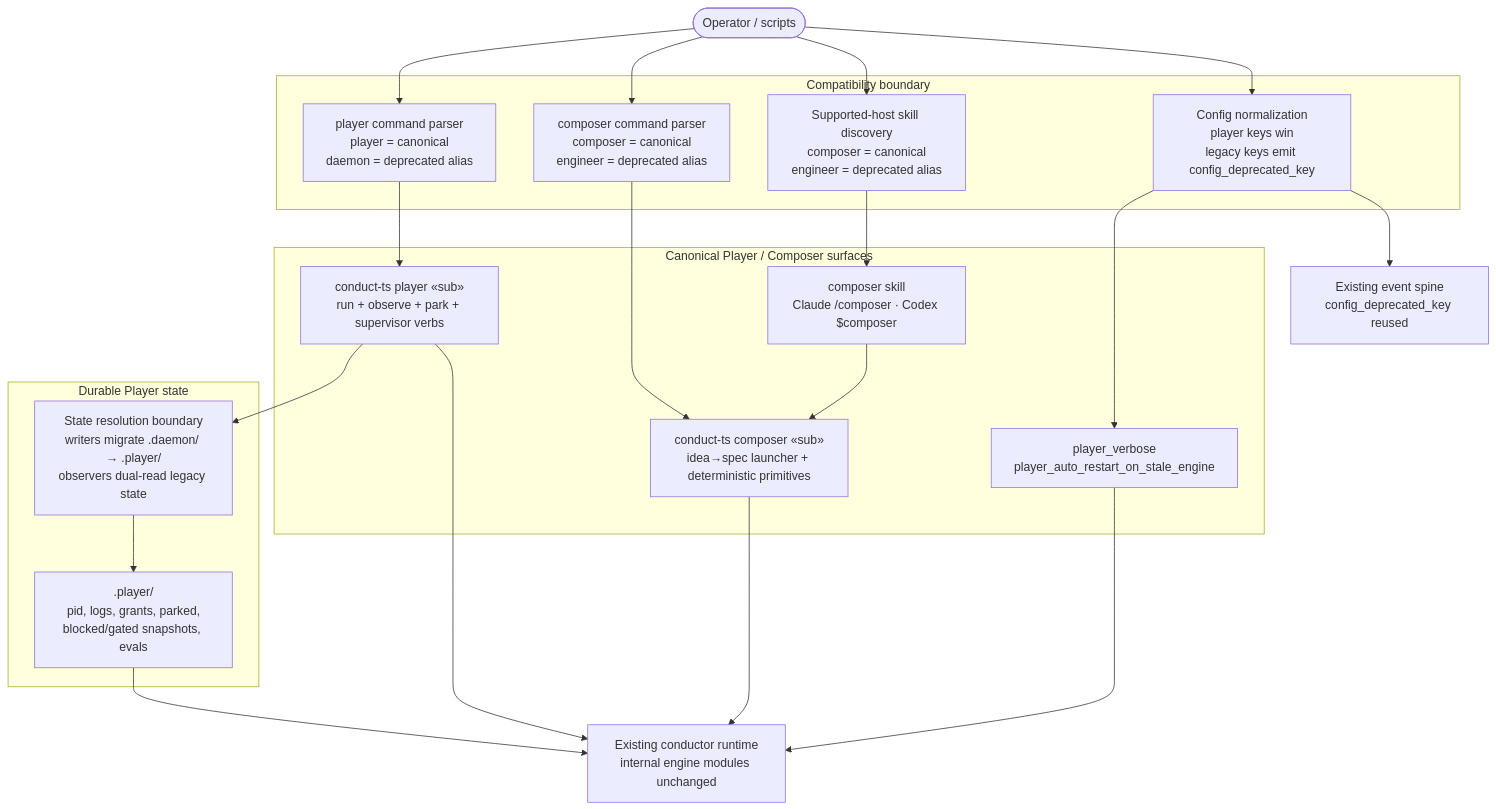
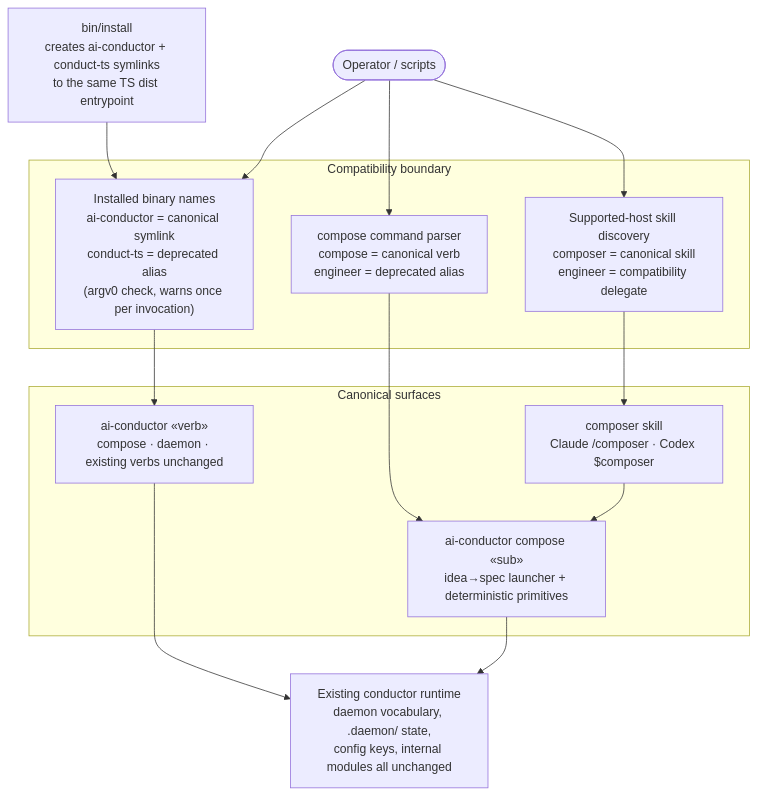
One commit to jstoup111/ai-conductor changed the diagram in .docs/architecture/2026-08-26-music-vocabulary-rename-surfaces.md. Above: the diagram before and after it, drawn with Mermaid. The commit also changed other lines of this file and 9 other files, not shown here.

First line of the commit message:
spec: revise the v1.0 rename — daemon stays, engineer→composer, ai-conductor CLI

````diff
--- a/.docs/architecture/2026-08-26-music-vocabulary-rename-surfaces.md
+++ b/.docs/architecture/2026-08-26-music-vocabulary-rename-surfaces.md
@@ -15,43 +12,30 @@
 ```mermaid
 graph TD
   OP(["Operator / scripts"])
 
   subgraph Boundary["Compatibility boundary"]
-    PLAYER_ALIAS["player command parser<br/>player = canonical<br/>daemon = deprecated alias"]
-    COMPOSER_ALIAS["composer command parser<br/>composer = canonical<br/>engineer = deprecated alias"]
-    SKILL_ALIAS["Supported-host skill discovery<br/>composer = canonical<br/>engineer = deprecated alias"]
-    CONFIG_ALIAS["Config normalization<br/>player keys win<br/>legacy keys emit config_deprecated_key"]
+    BIN_ALIAS["Installed binary names<br/>ai-conductor = canonical symlink<br/>conduct-ts = deprecated alias<br/>(argv0 check, warns once per invocation)"]
+    COMPOSE_ALIAS["compose command parser<br/>compose = canonical verb<br/>engineer = deprecated alias"]
+    SKILL_ALIAS["Supported-host skill discovery<br/>composer = canonical skill<br/>engineer = compatibility delegate"]
   end
 
-  subgraph Canonical["Canonical Player / Composer surfaces"]
-    PLAYER["conduct-ts player «sub»<br/>run + observe + park + supervisor verbs"]
-    COMPOSER["conduct-ts composer «sub»<br/>idea→spec launcher + deterministic primitives"]
+  subgraph Canonical["Canonical surfaces"]
+    CLI["ai-conductor «verb»<br/>compose · daemon · existing verbs unchanged"]
+    COMPOSE["ai-conductor compose «sub»<br/>idea→spec launcher + deterministic primitives"]
     SKILLS["composer skill<br/>Claude /composer · Codex $composer"]
-    CONFIG["player_verbose<br/>player_auto_restart_on_stale_engine"]
   end
 
-  subgraph State["Durable Player state"]
-    STATE_MIGRATION["State resolution boundary<br/>writers migrate .daemon/ → .player/<br/>observers dual-read legacy state"]
-    PLAYER_STATE[".player/<br/>pid, logs, grants, parked,<br/>blocked/gated snapshots, evals"]
-  end
+  INSTALL["bin/install<br/>creates ai-conductor + conduct-ts symlinks<br/>to the same TS dist entrypoint"]
+  RUNTIME["Existing conductor runtime<br/>daemon vocabulary, .daemon/ state,<br/>config keys, internal modules all unchanged"]
 
-  RUNTIME["Existing conductor runtime<br/>internal engine modules unchanged"]
-  EVENTS["Existing event spine<br/>config_deprecated_key reused"]
-
-  OP --> PLAYER_ALIAS
-  OP --> COMPOSER_ALIAS
+  OP --> BIN_ALIAS
+  OP --> COMPOSE_ALIAS
   OP --> SKILL_ALIAS
-  OP --> CONFIG_ALIAS
-  PLAYER_ALIAS --> PLAYER
-  COMPOSER_ALIAS --> COMPOSER
+  INSTALL --> BIN_ALIAS
+  BIN_ALIAS --> CLI
+  COMPOSE_ALIAS --> COMPOSE
   SKILL_ALIAS --> SKILLS
-  CONFIG_ALIAS --> CONFIG
-  CONFIG_ALIAS --> EVENTS
-  PLAYER --> STATE_MIGRATION
-  CONFIG --> RUNTIME
-  COMPOSER --> RUNTIME
-  SKILLS --> COMPOSER
-  STATE_MIGRATION --> PLAYER_STATE
-  PLAYER_STATE --> RUNTIME
-  PLAYER --> RUNTIME
+  SKILLS --> COMPOSE
+  CLI --> RUNTIME
+  COMPOSE --> RUNTIME
 ```
````
